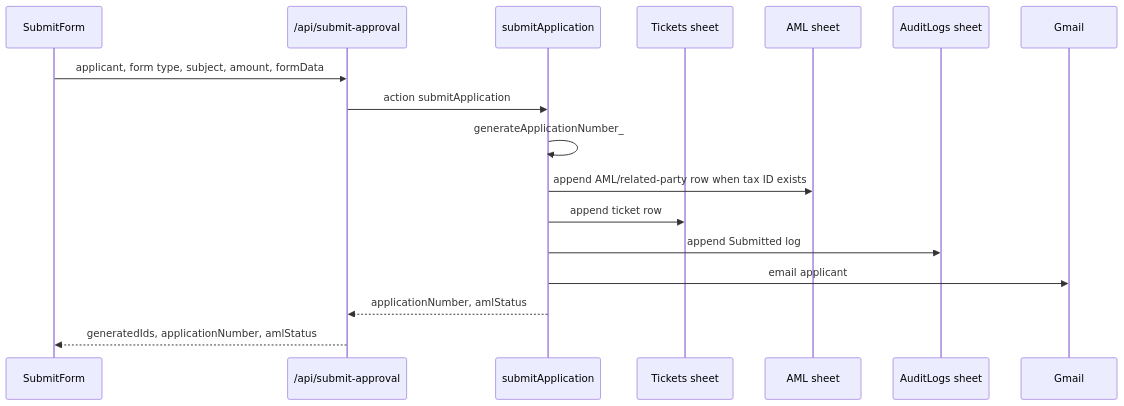
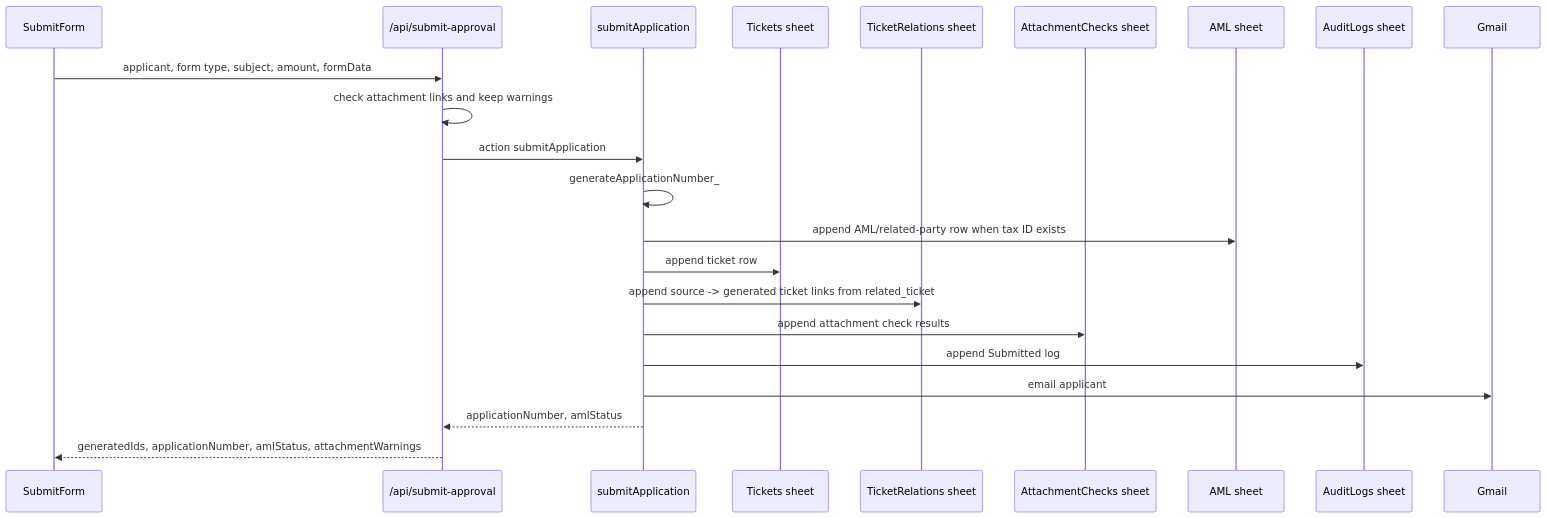
One commit to harrychen-21st/21st-signing-system changed the fourth of 8 diagrams in docs/architecture.md. Above: the diagram before and after it, drawn with Mermaid. The commit also changed other lines of this file and 10 other files, not shown here.

Commit message:
feat: add ticket relations and audit export

````diff
--- a/docs/architecture.md
+++ b/docs/architecture.md
@@ -63,20 +63,25 @@
 ```mermaid
 sequenceDiagram
   participant Client as SubmitForm
   participant API as /api/submit-approval
   participant GAS as submitApplication
   participant Tickets as Tickets sheet
+  participant Relations as TicketRelations sheet
+  participant Attachments as AttachmentChecks sheet
   participant AML as AML sheet
   participant Audit as AuditLogs sheet
   participant Mail as Gmail
 
   Client->>API: applicant, form type, subject, amount, formData
+  API->>API: check attachment links and keep warnings
   API->>GAS: action submitApplication
   GAS->>GAS: generateApplicationNumber_
   GAS->>AML: append AML/related-party row when tax ID exists
   GAS->>Tickets: append ticket row
+  GAS->>Relations: append source -> generated ticket links from related_ticket
+  GAS->>Attachments: append attachment check results
   GAS->>Audit: append Submitted log
   GAS->>Mail: email applicant
   GAS-->>API: applicationNumber, amlStatus
-  API-->>Client: generatedIds, applicationNumber, amlStatus
+  API-->>Client: generatedIds, applicationNumber, amlStatus, attachmentWarnings
 ```
````
